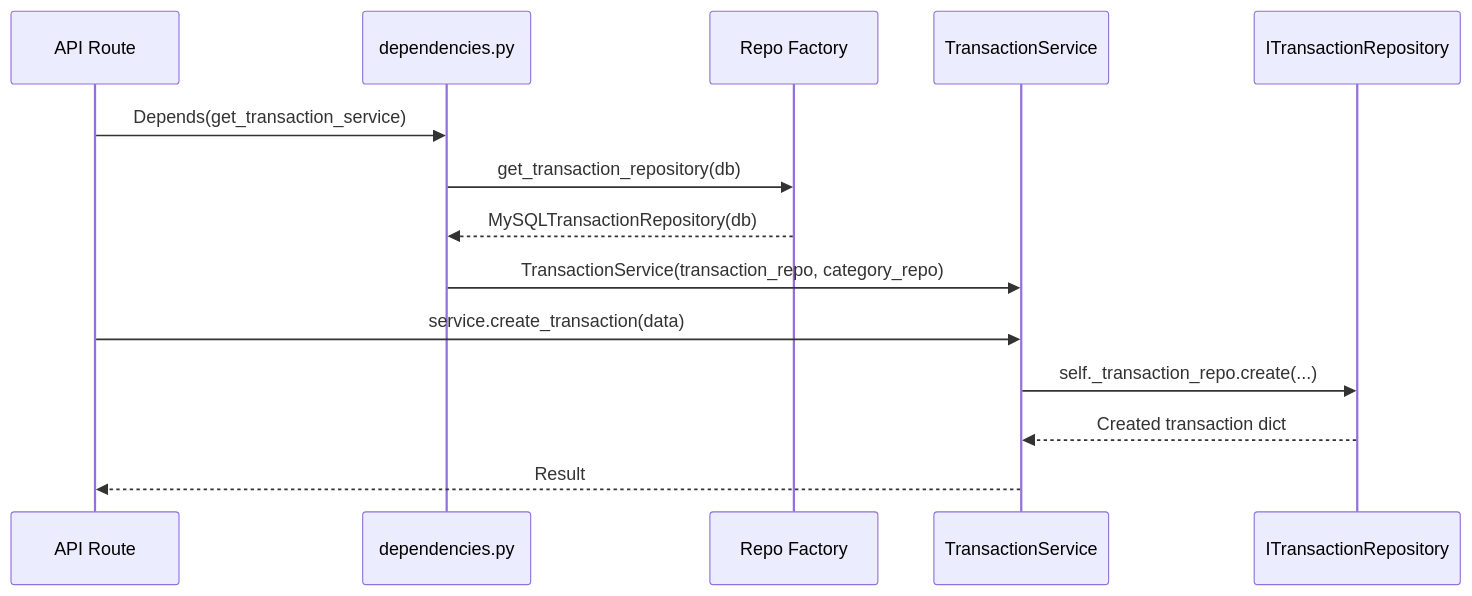
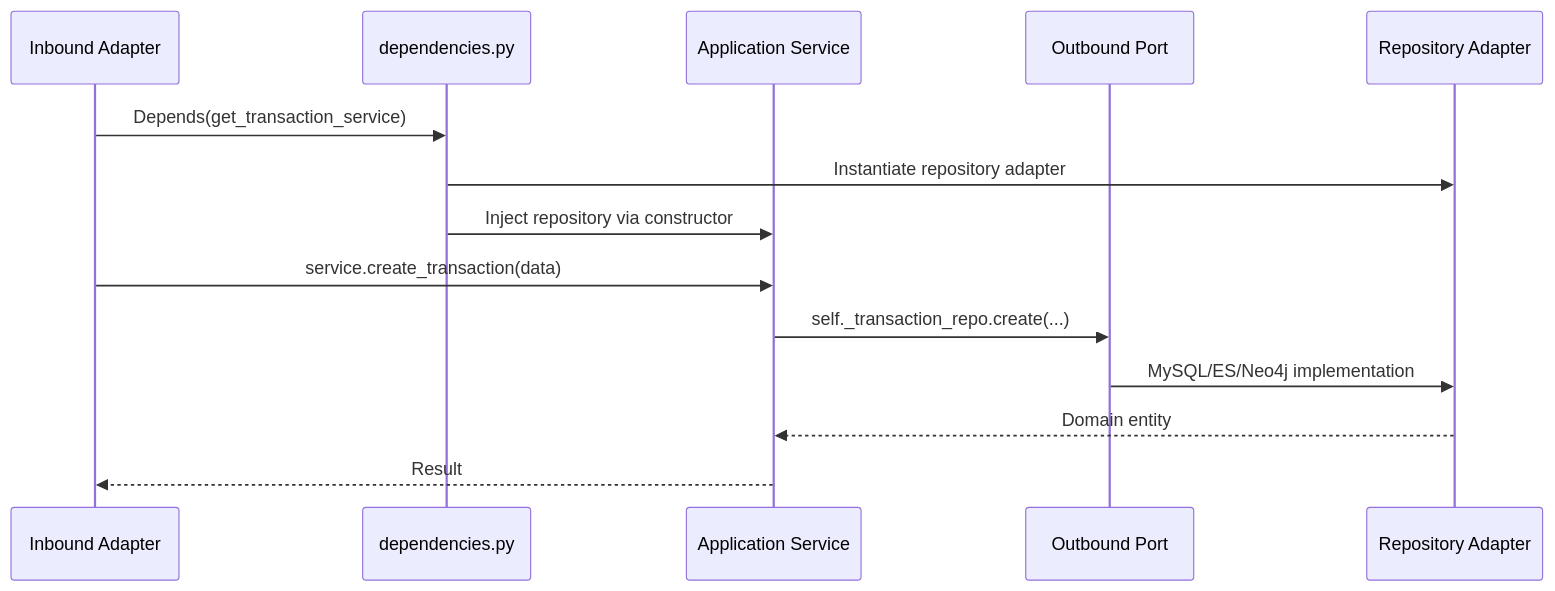
Before and after one commit to Jothom2912/Finance-Tracker: the second of 2 diagrams in README.md, drawn with Mermaid. The commit also changed other lines of this file and 4 other files, not shown here.

First line of the commit message:
Update all documentation to reflect hexagonal architecture

````diff
--- a/README.md
+++ b/README.md
@@ -511,17 +131,17 @@
 ```mermaid
 sequenceDiagram
-    participant Route as API Route
+    participant Route as Inbound Adapter
     participant DI as dependencies.py
-    participant Factory as Repo Factory
-    participant Service as TransactionService
-    participant Repo as ITransactionRepository
+    participant Service as Application Service
+    participant Port as Outbound Port
+    participant Repo as Repository Adapter
 
     Route->>DI: Depends(get_transaction_service)
-    DI->>Factory: get_transaction_repository(db)
-    Factory-->>DI: MySQLTransactionRepository(db)
-    DI->>Service: TransactionService(transaction_repo, category_repo)
+    DI->>Repo: Instantiate repository adapter
+    DI->>Service: Inject repository via constructor
     Route->>Service: service.create_transaction(data)
-    Service->>Repo: self._transaction_repo.create(...)
-    Repo-->>Service: Created transaction dict
+    Service->>Port: self._transaction_repo.create(...)
+    Port->>Repo: MySQL/ES/Neo4j implementation
+    Repo-->>Service: Domain entity
     Service-->>Route: Result
 ```
````
